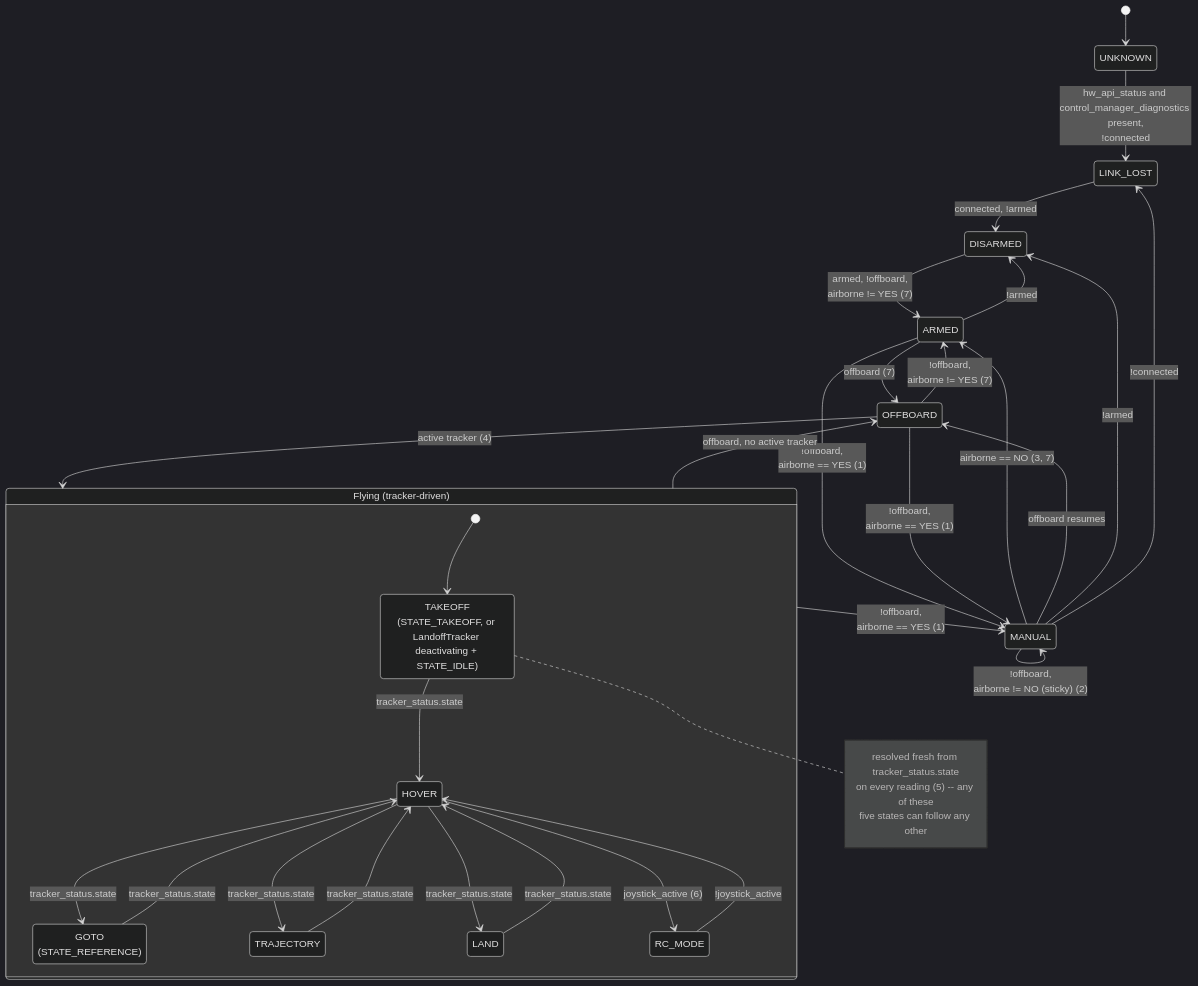
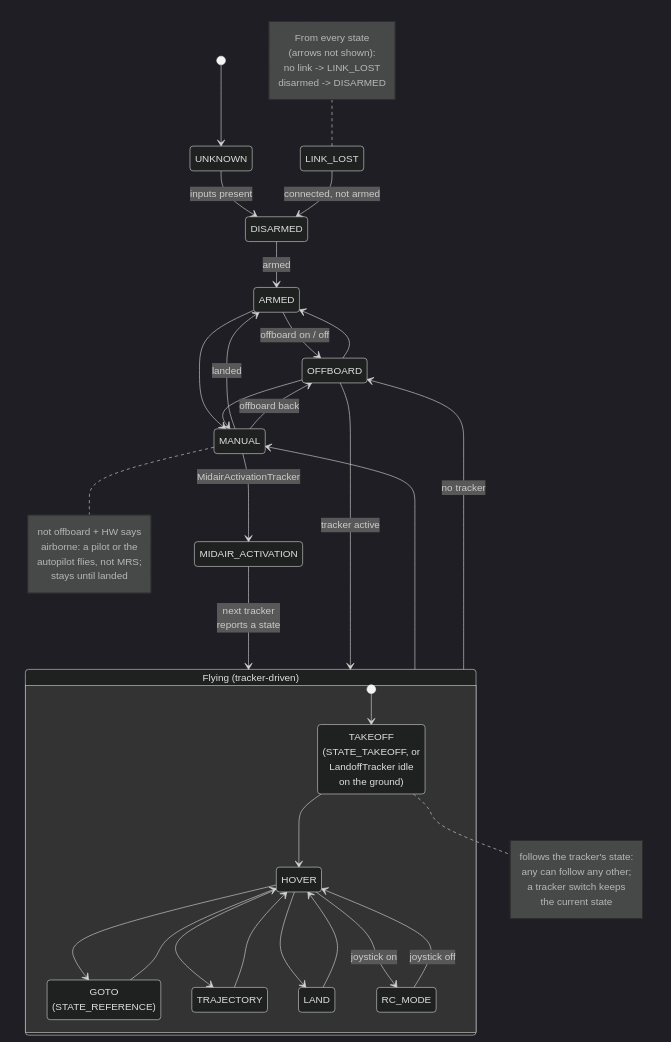
The diagram in README.md (ctu-mrs/mrs_uav_managers), drawn with Mermaid (dark theme) before and after one commit. The commit also changed other lines of this file, not shown here.

Commit message:
docs(diagnostics_manager): explain the UAV state rules in plain words

````diff
--- a/README.md
+++ b/README.md
@@ -9,49 +9,62 @@
 ```mermaid
 stateDiagram-v2
   direction TB
 
   [*] --> UNKNOWN
-  UNKNOWN --> LINK_LOST: hw_api_status and control_manager_diagnostics present,<br/>!connected
+  UNKNOWN --> DISARMED: inputs present
+  LINK_LOST --> DISARMED: connected, not armed
 
-  LINK_LOST --> DISARMED: connected, !armed
-  DISARMED --> ARMED: armed, !offboard,<br/>airborne != YES (7)
+  note left of LINK_LOST
+    From every state
+    (arrows not shown):
+    no link -> LINK_LOST
+    disarmed -> DISARMED
+  end note
 
-  ARMED --> DISARMED: !armed
-  ARMED --> OFFBOARD: offboard (7)
-  OFFBOARD --> ARMED: !offboard,<br/>airborne != YES (7)
+  DISARMED --> ARMED: armed
+  ARMED --> OFFBOARD: offboard on / off
+  OFFBOARD --> ARMED
 
-  ARMED --> MANUAL: !offboard,<br/>airborne == YES (1)
-  OFFBOARD --> MANUAL: !offboard,<br/>airborne == YES (1)
-  FLYING --> MANUAL: !offboard,<br/>airborne == YES (1)
-  MANUAL --> MANUAL: !offboard,<br/>airborne != NO (sticky) (2)
-  MANUAL --> ARMED: airborne == NO (3, 7)
-  MANUAL --> OFFBOARD: offboard resumes
-  MANUAL --> DISARMED: !armed
-  MANUAL --> LINK_LOST: !connected
+  ARMED --> MANUAL
+  OFFBOARD --> MANUAL
+  FLYING --> MANUAL
+  MANUAL --> ARMED: landed
+  MANUAL --> OFFBOARD: offboard back
 
-  OFFBOARD --> FLYING: active tracker (4)
-  FLYING --> OFFBOARD: offboard, no active tracker
+  note right of MANUAL
+    not offboard + HW says
+    airborne: a pilot or the
+    autopilot flies, not MRS;
+    stays until landed
+  end note
+
+  MANUAL --> MIDAIR_ACTIVATION: MidairActivationTracker
+  MIDAIR_ACTIVATION --> FLYING: next tracker<br/>reports a state
+
+  OFFBOARD --> FLYING: tracker active
+  FLYING --> OFFBOARD: no tracker
 
   state "Flying (tracker-driven)" as FLYING {
     [*] --> TAKEOFF
-    TAKEOFF --> HOVER: tracker_status.state
-    HOVER --> GOTO: tracker_status.state
-    HOVER --> TRAJECTORY: tracker_status.state
-    GOTO --> HOVER: tracker_status.state
-    TRAJECTORY --> HOVER: tracker_status.state
-    HOVER --> LAND: tracker_status.state
-    LAND --> HOVER: tracker_status.state
+    TAKEOFF --> HOVER
+    HOVER --> GOTO
+    HOVER --> TRAJECTORY
+    GOTO --> HOVER
+    TRAJECTORY --> HOVER
+    HOVER --> LAND
+    LAND --> HOVER
 
-    HOVER --> RC_MODE: joystick_active (6)
-    RC_MODE --> HOVER: !joystick_active
+    HOVER --> RC_MODE: joystick on
+    RC_MODE --> HOVER: joystick off
 
-    TAKEOFF: TAKEOFF<br/>(STATE_TAKEOFF, or LandoffTracker deactivating + STATE_IDLE)
+    TAKEOFF: TAKEOFF<br/>(STATE_TAKEOFF, or<br/>LandoffTracker idle<br/>on the ground)
     GOTO: GOTO<br/>(STATE_REFERENCE)
 
     note right of TAKEOFF
-      resolved fresh from tracker_status.state
-      on every reading (5) -- any of these
-      five states can follow any other
+      follows the tracker's state:
+      any can follow any other;
+      a tracker switch keeps
+      the current state
     end note
   }
 ```
````
